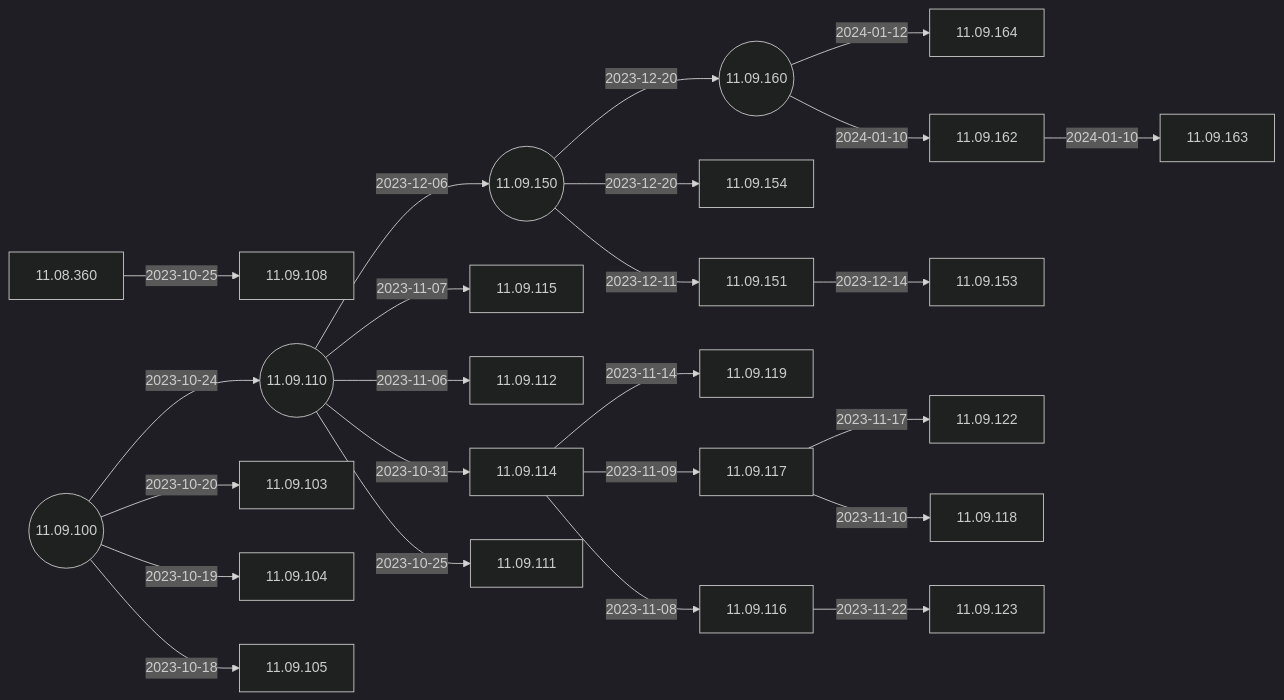
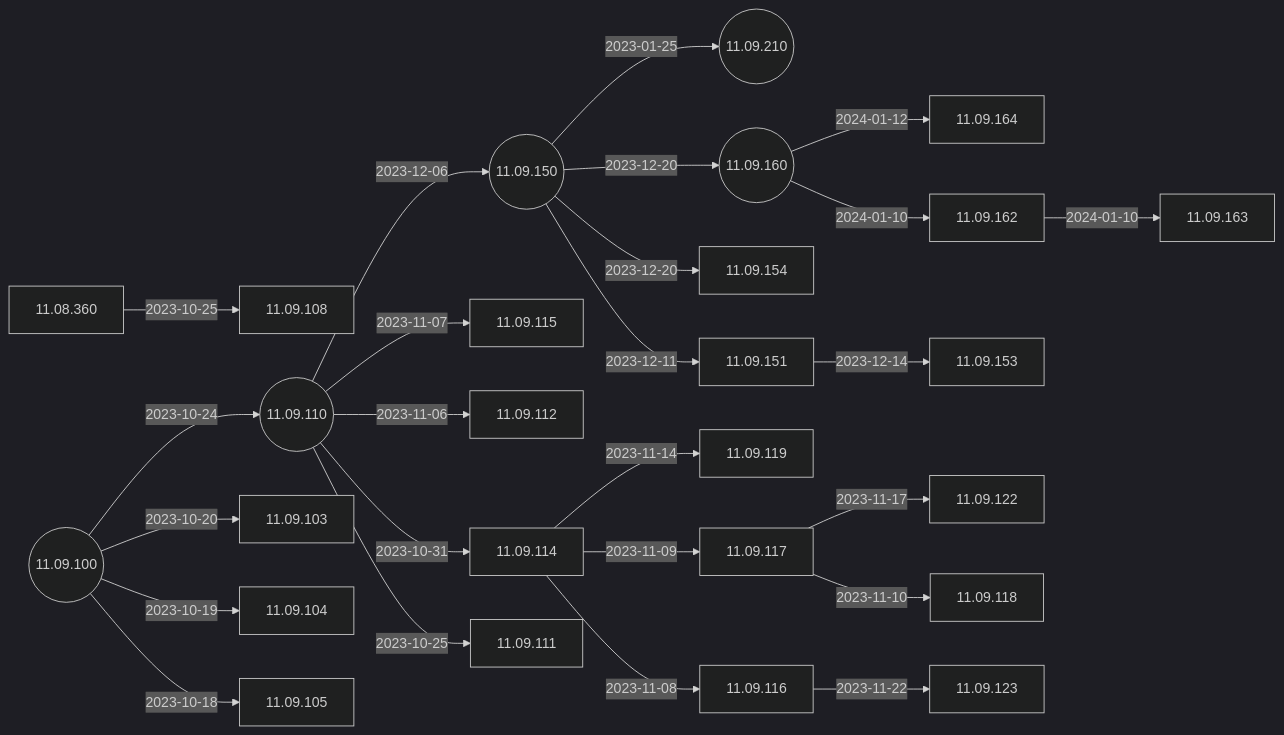
One commit to IGEL-Community/IGEL-Docs-v02 changed the second of 5 diagrams in docs/Docs/ReleaseNotes/01-OS11/README.md. Above: the diagram before and after it, drawn with Mermaid (dark theme). The commit also changed 2 other files, not shown here.

Commit message:
11.09.210 < 11.09.150

````diff
--- a/docs/Docs/ReleaseNotes/01-OS11/README.md
+++ b/docs/Docs/ReleaseNotes/01-OS11/README.md
@@ -41,51 +41,53 @@
 ```mermaid
 flowchart LR
+    11.09.150-- 2023-01-25 -->11.09.210((11.09.210))
     11.09.162-- 2024-01-10 -->11.09.163
     11.09.160-- 2024-01-12 -->11.09.164
     11.09.160-- 2024-01-10 -->11.09.162
     11.09.150-- 2023-12-20 -->11.09.160((11.09.160))
     11.09.150-- 2023-12-20 -->11.09.154
     11.09.151-- 2023-12-14 -->11.09.153
     11.09.150-- 2023-12-11 -->11.09.151
     11.09.110-- 2023-12-06 -->11.09.150((11.09.150))
     11.09.116-- 2023-11-22 -->11.09.123
     11.09.117-- 2023-11-17 -->11.09.122
     11.09.114-- 2023-11-14 -->11.09.119
     11.09.117-- 2023-11-10 -->11.09.118
     11.09.114-- 2023-11-09 -->11.09.117
     11.09.114-- 2023-11-08 -->11.09.116
     11.09.110-- 2023-11-07 -->11.09.115
     11.09.110-- 2023-11-06 -->11.09.112
     11.09.110-- 2023-10-31 -->11.09.114
     11.08.360-- 2023-10-25 -->11.09.108
     11.09.110-- 2023-10-25 -->11.09.111
     11.09.100-- 2023-10-24 -->11.09.110((11.09.110))
     11.09.100-- 2023-10-20 -->11.09.103
     11.09.100-- 2023-10-19 -->11.09.104
     11.09.100-- 2023-10-18 -->11.09.105
     11.09.100((11.09.100))
+    click 11.09.210 "https://github.com/IGEL-Community/IGEL-Docs-v02/tree/main/docs/Docs/ReleaseNotes/01-OS11/readme11.09.210.txt" _blank
     click 11.09.163 "https://github.com/IGEL-Community/IGEL-Docs-v02/tree/main/docs/Docs/ReleaseNotes/01-OS11/readme11.09.163.txt" _blank
     click 11.09.164 "https://github.com/IGEL-Community/IGEL-Docs-v02/tree/main/docs/Docs/ReleaseNotes/01-OS11/readme11.09.164.txt" _blank
     click 11.09.162 "https://github.com/IGEL-Community/IGEL-Docs-v02/tree/main/docs/Docs/ReleaseNotes/01-OS11/readme11.09.162.txt" _blank
     click 11.09.160 "https://github.com/IGEL-Community/IGEL-Docs-v02/tree/main/docs/Docs/ReleaseNotes/01-OS11/readme11.09.160.txt" _blank
     click 11.09.154 "https://github.com/IGEL-Community/IGEL-Docs-v02/tree/main/docs/Docs/ReleaseNotes/01-OS11/readme11.09.154.txt" _blank
     click 11.09.153 "https://github.com/IGEL-Community/IGEL-Docs-v02/tree/main/docs/Docs/ReleaseNotes/01-OS11/readme11.09.153.txt" _blank
     click 11.09.151 "https://github.com/IGEL-Community/IGEL-Docs-v02/tree/main/docs/Docs/ReleaseNotes/01-OS11/readme11.09.151.txt" _blank
     click 11.09.150 "https://github.com/IGEL-Community/IGEL-Docs-v02/tree/main/docs/Docs/ReleaseNotes/01-OS11/readme11.09.150.txt" _blank
     click 11.09.123 "https://github.com/IGEL-Community/IGEL-Docs-v02/tree/main/docs/Docs/ReleaseNotes/01-OS11/readme11.09.123.txt" _blank
     click 11.09.122 "https://github.com/IGEL-Community/IGEL-Docs-v02/tree/main/docs/Docs/ReleaseNotes/01-OS11/readme11.09.122.txt" _blank
     click 11.09.119 "https://github.com/IGEL-Community/IGEL-Docs-v02/tree/main/docs/Docs/ReleaseNotes/01-OS11/readme11.09.119.txt" _blank
     click 11.09.118 "https://github.com/IGEL-Community/IGEL-Docs-v02/tree/main/docs/Docs/ReleaseNotes/01-OS11/readme11.09.118.txt" _blank
     click 11.09.117 "https://github.com/IGEL-Community/IGEL-Docs-v02/tree/main/docs/Docs/ReleaseNotes/01-OS11/readme11.09.117.txt" _blank
     click 11.09.116 "https://github.com/IGEL-Community/IGEL-Docs-v02/tree/main/docs/Docs/ReleaseNotes/01-OS11/readme11.09.116.txt" _blank
     click 11.09.115 "https://github.com/IGEL-Community/IGEL-Docs-v02/tree/main/docs/Docs/ReleaseNotes/01-OS11/readme11.09.115.txt" _blank
     click 11.09.112 "https://github.com/IGEL-Community/IGEL-Docs-v02/tree/main/docs/Docs/ReleaseNotes/01-OS11/readme11.09.112.txt" _blank
     click 11.09.114 "https://github.com/IGEL-Community/IGEL-Docs-v02/tree/main/docs/Docs/ReleaseNotes/01-OS11/readme11.09.114.txt" _blank
     click 11.09.108 "https://github.com/IGEL-Community/IGEL-Docs-v02/tree/main/docs/Docs/ReleaseNotes/01-OS11/readme11.09.108.txt" _blank
     click 11.09.111 "https://github.com/IGEL-Community/IGEL-Docs-v02/tree/main/docs/Docs/ReleaseNotes/01-OS11/readme11.09.111.txt" _blank
     click 11.09.110 "https://github.com/IGEL-Community/IGEL-Docs-v02/tree/main/docs/Docs/ReleaseNotes/01-OS11/readme11.09.110.txt" _blank
     click 11.09.103 "https://github.com/IGEL-Community/IGEL-Docs-v02/tree/main/docs/Docs/ReleaseNotes/01-OS11/readme11.09.103.txt" _blank
     click 11.09.104 "https://github.com/IGEL-Community/IGEL-Docs-v02/tree/main/docs/Docs/ReleaseNotes/01-OS11/readme11.09.104.txt" _blank
     click 11.09.105 "https://github.com/IGEL-Community/IGEL-Docs-v02/tree/main/docs/Docs/ReleaseNotes/01-OS11/readme11.09.105.txt" _blank
     click 11.09.100 "https://github.com/IGEL-Community/IGEL-Docs-v02/tree/main/docs/Docs/ReleaseNotes/01-OS11/readme11.09.100.txt" _blank
 ```
````
